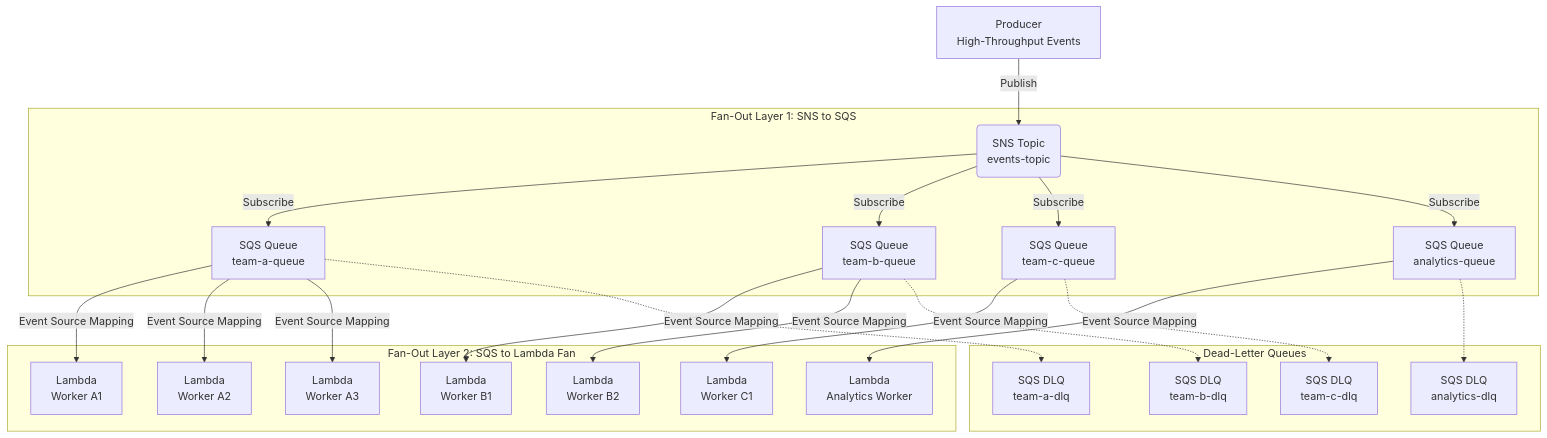
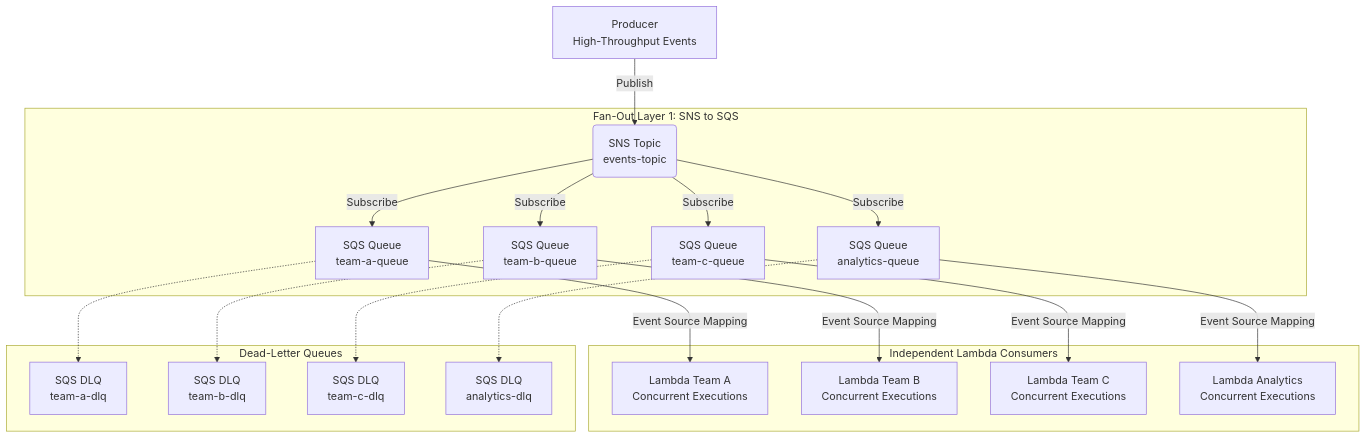
Before and after one commit to AlexanderBesss/AWS_best_praactices: the first of 8 diagrams in Design/04-cross-cutting-patterns.md, drawn with Mermaid. The commit also changed other lines of this file and 31 other files, not shown here.

````diff
--- a/Design/04-cross-cutting-patterns.md
+++ b/Design/04-cross-cutting-patterns.md
@@ -28,31 +28,25 @@
 ```mermaid
 graph TB
     A[Producer<br/>High-Throughput Events] -->|Publish| B(SNS Topic<br/>events-topic)
     
     subgraph "Fan-Out Layer 1: SNS to SQS"
         B -->|Subscribe| Q1[SQS Queue<br/>team-a-queue]
         B -->|Subscribe| Q2[SQS Queue<br/>team-b-queue]
         B -->|Subscribe| Q3[SQS Queue<br/>team-c-queue]
         B -->|Subscribe| Q4[SQS Queue<br/>analytics-queue]
     end
     
-    subgraph "Fan-Out Layer 2: SQS to Lambda Fan"
-        Q1 -->|Event Source Mapping| L1A[Lambda<br/>Worker A1]
-        Q1 -->|Event Source Mapping| L1B[Lambda<br/>Worker A2]
-        Q1 -->|Event Source Mapping| L1C[Lambda<br/>Worker A3]
-        
-        Q2 -->|Event Source Mapping| L2A[Lambda<br/>Worker B1]
-        Q2 -->|Event Source Mapping| L2B[Lambda<br/>Worker B2]
-        
-        Q3 -->|Event Source Mapping| L3A[Lambda<br/>Worker C1]
-        
-        Q4 -->|Event Source Mapping| L4A[Lambda<br/>Analytics Worker]
+    subgraph "Independent Lambda Consumers"
+        Q1 -->|Event Source Mapping| L1[Lambda Team A<br/>Concurrent Executions]
+        Q2 -->|Event Source Mapping| L2[Lambda Team B<br/>Concurrent Executions]
+        Q3 -->|Event Source Mapping| L3[Lambda Team C<br/>Concurrent Executions]
+        Q4 -->|Event Source Mapping| L4[Lambda Analytics<br/>Concurrent Executions]
     end
     
     subgraph "Dead-Letter Queues"
         Q1 -.-> DL1[SQS DLQ<br/>team-a-dlq]
         Q2 -.-> DL2[SQS DLQ<br/>team-b-dlq]
         Q3 -.-> DL3[SQS DLQ<br/>team-c-dlq]
         Q4 -.-> DL4[SQS DLQ<br/>analytics-dlq]
     end
 ```
````
